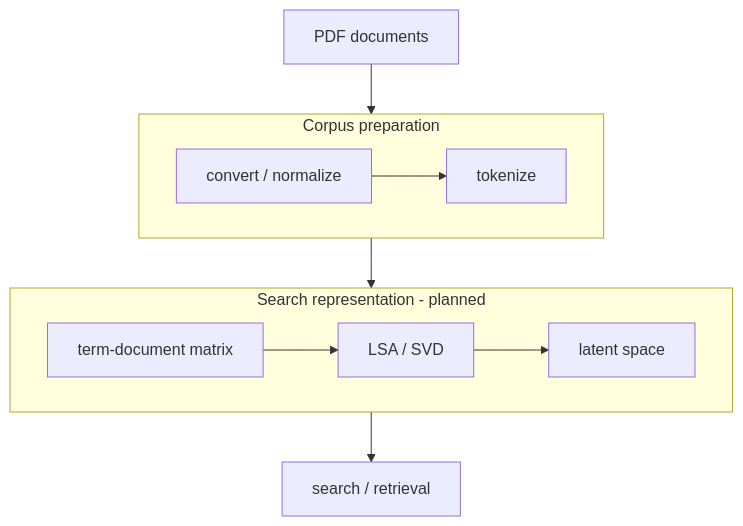
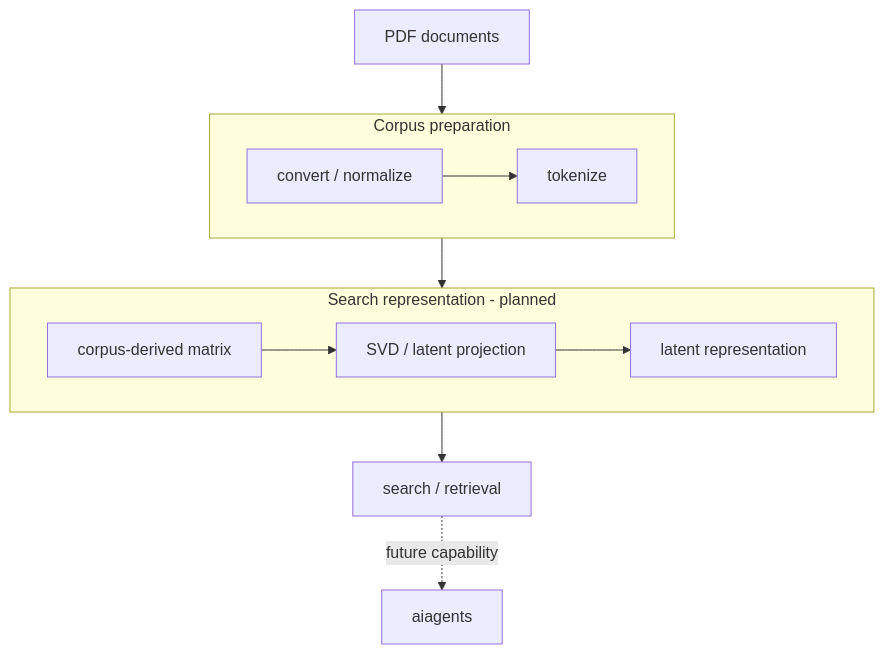
One commit to witold-k/witold-k changed the third of 6 diagrams in README.md. Above: the diagram before and after it, drawn with Mermaid. The commit also changed other lines of this file, not shown here.

Commit message:
Generalize document matrix stage and show future AI integration

````diff
--- a/README.md
+++ b/README.md
@@ -45,18 +45,19 @@
 ```mermaid
 flowchart TB
     PDF[PDF documents]
 
     subgraph PREP[Corpus preparation]
         direction LR
         CONVERT[convert / normalize] --> TOKENS[tokenize]
     end
 
     subgraph SEARCH[Search representation - planned]
         direction LR
-        MATRIX[term-document matrix] --> LSA[LSA / SVD] --> LATENT[latent space]
+        MATRIX[corpus-derived matrix] --> LSA[SVD / latent projection] --> LATENT[latent representation]
     end
 
     PDF --> CONVERT
     TOKENS --> MATRIX
-    LATENT --> QUERY[search / retrieval]
+    LATENT --> RETRIEVE[search / retrieval]
+    RETRIEVE -.->|future capability| AGENT[aiagents]
 ```
````
